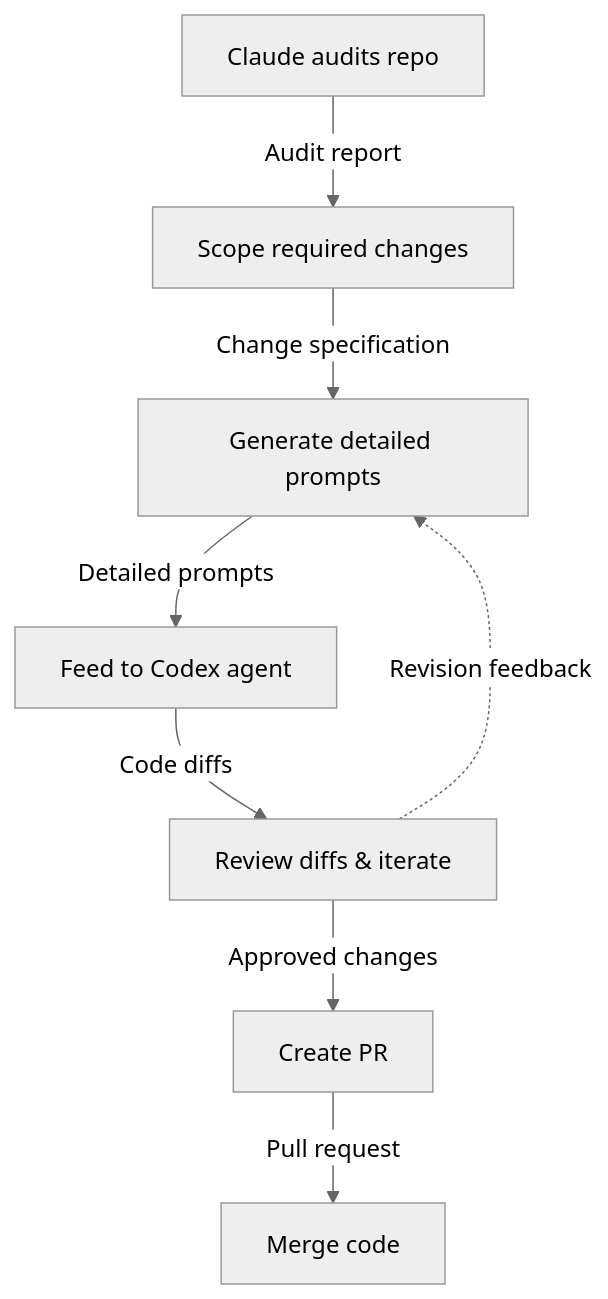
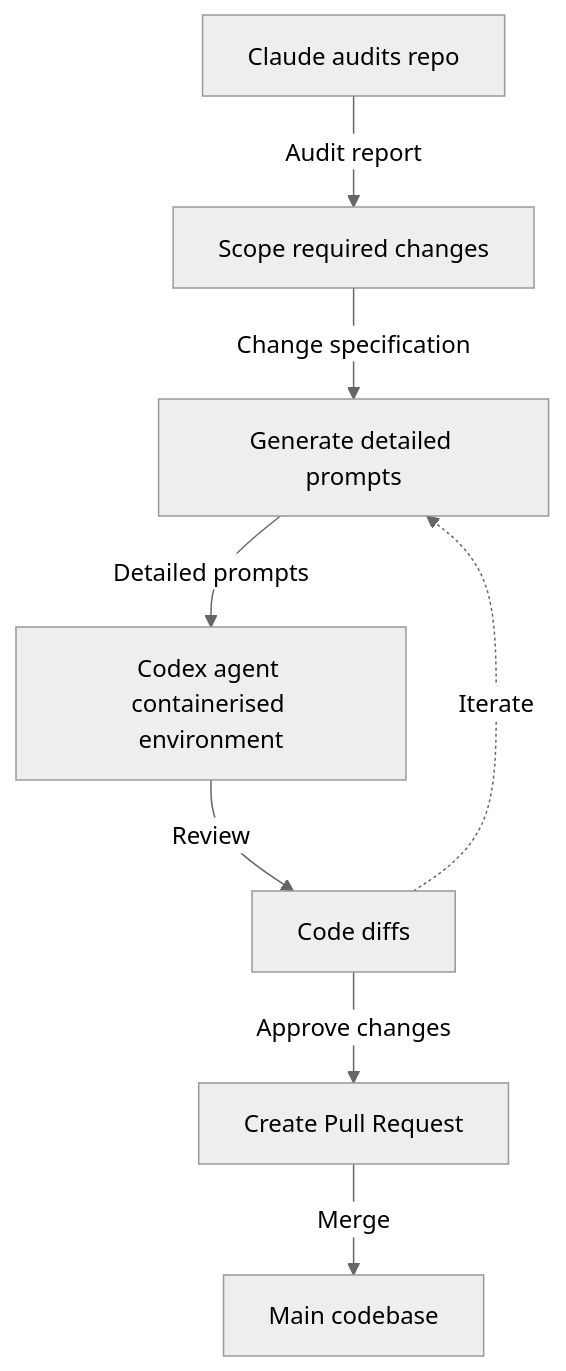
The diagram in public/posts/accessibility-beyond-compliance-real-patterns-for-react-and-tailwind.md (maxitect/blog), drawn with Mermaid (neutral theme) before and after one commit.

Commit message:
refactor: AI process diagram in latest blog post

````diff
--- a/public/posts/accessibility-beyond-compliance-real-patterns-for-react-and-tailwind.md
+++ b/public/posts/accessibility-beyond-compliance-real-patterns-for-react-and-tailwind.md
@@ -311,13 +311,13 @@
 ```mermaid
 flowchart TB
     A[Claude audits repo] -->|Audit report| B[Scope required changes]
     B -->|Change specification| C[Generate detailed prompts]
 
-    C -->|Detailed prompts| D[Feed to Codex agent]
-    D -->|Code diffs| E[Review diffs & iterate]
+    C -->|Detailed prompts| D[Codex agent containerised environment]
+    D -->|Review| E[Code diffs]
 
-    E -->|Approved changes| F[Create PR]
-    F -->|Pull request| G[Merge code]
+    E -->|Approve changes| F[Create Pull Request]
+    F -->|Merge| G[Main codebase]
 
-    E -.->|Revision feedback| C
+    E -.->|Iterate| C
 ```
````
